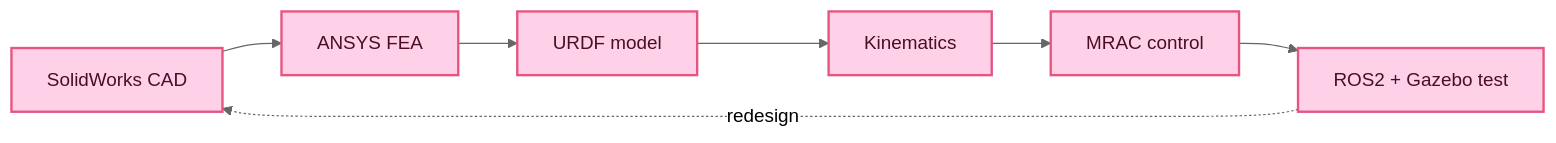
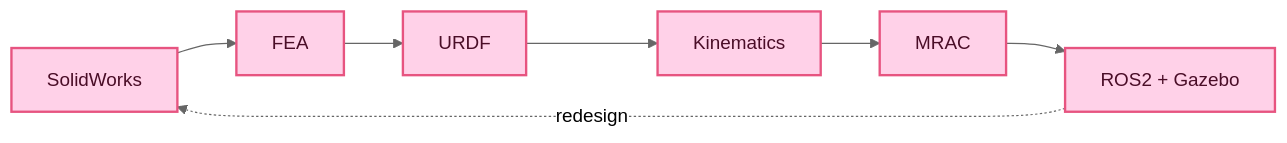
The diagram in README.md (bipashadeka/bipashadeka), drawn with Mermaid (neutral theme) before and after one commit. The commit also changed other lines of this file, not shown here.

Commit message:
add metrics dashboard

````diff
--- a/README.md
+++ b/README.md
@@ -25,11 +25,11 @@
 ```mermaid
 flowchart LR
-  A[SolidWorks CAD] --> B[ANSYS FEA]
-  B --> C[URDF model]
+  A[SolidWorks] --> B[FEA]
+  B --> C[URDF]
   C --> D[Kinematics]
-  D --> E[MRAC control]
-  E --> F[ROS2 + Gazebo test]
+  D --> E[MRAC]
+  E --> F[ROS2 + Gazebo]
   F -. redesign .-> A
   classDef pink fill:#ffd1e8,stroke:#e75480,stroke-width:2px,color:#4a0d27
   class A,B,C,D,E,F pink
 ```
````
